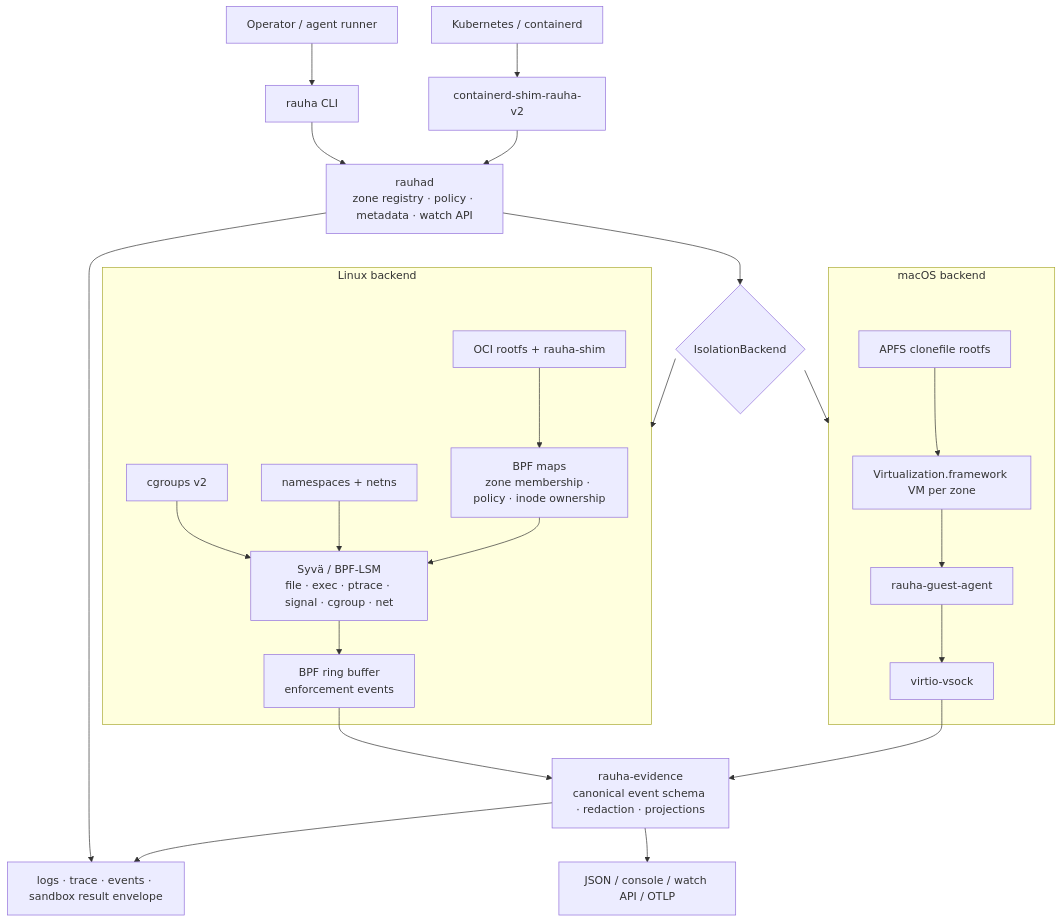
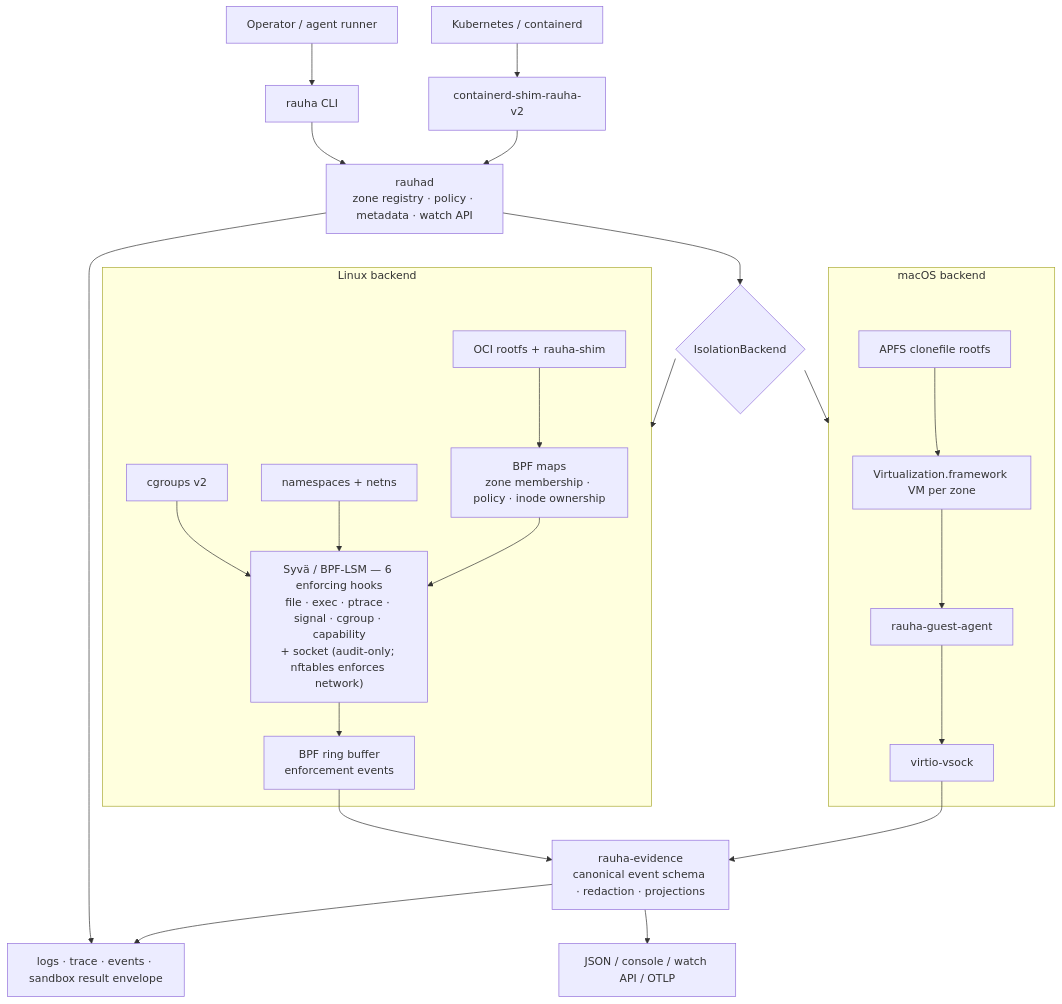
The diagram in README.md (false-systems/rauha), drawn with Mermaid before and after one commit. The commit also changed other lines of this file, not shown here.

First line of the commit message:
Correct README enforcement claims: socket is audit-only, seam not yet load-bearing

````diff
--- a/README.md
+++ b/README.md
@@ -129,54 +129,54 @@
 ```mermaid
 flowchart TB
     operator["Operator / agent runner"]
     k8s["Kubernetes / containerd"]
     cli["rauha CLI"]
     shimv2["containerd-shim-rauha-v2"]
     daemon["rauhad\nzone registry · policy · metadata · watch API"]
     backend{"IsolationBackend"}
 
     operator --> cli
     k8s --> shimv2
     cli --> daemon
     shimv2 --> daemon
     daemon --> backend
 
     subgraph linux["Linux backend"]
         cgroups["cgroups v2"]
         ns["namespaces + netns"]
         rootfs["OCI rootfs + rauha-shim"]
-        syva["Syvä / BPF-LSM\nfile · exec · ptrace · signal · cgroup · net"]
+        syva["Syvä / BPF-LSM — 6 enforcing hooks\nfile · exec · ptrace · signal · cgroup · capability\n+ socket (audit-only; nftables enforces network)"]
         maps["BPF maps\nzone membership · policy · inode ownership"]
         ring["BPF ring buffer\nenforcement events"]
 
         cgroups --> syva
         ns --> syva
         rootfs --> maps
         maps --> syva
         syva --> ring
     end
 
     subgraph macos["macOS backend"]
         vm["Virtualization.framework VM per zone"]
         agent["rauha-guest-agent"]
         vsock["virtio-vsock"]
         apfs["APFS clonefile rootfs"]
 
         vm --> agent
         agent --> vsock
         apfs --> vm
     end
 
     backend --> linux
     backend --> macos
 
     evidence["rauha-evidence\ncanonical event schema · redaction · projections"]
     surfaces["logs · trace · events · sandbox result envelope"]
     sinks["JSON / console / watch API / OTLP"]
 
     ring --> evidence
     vsock --> evidence
     daemon --> surfaces
     evidence --> surfaces
     evidence --> sinks
 ```
````
